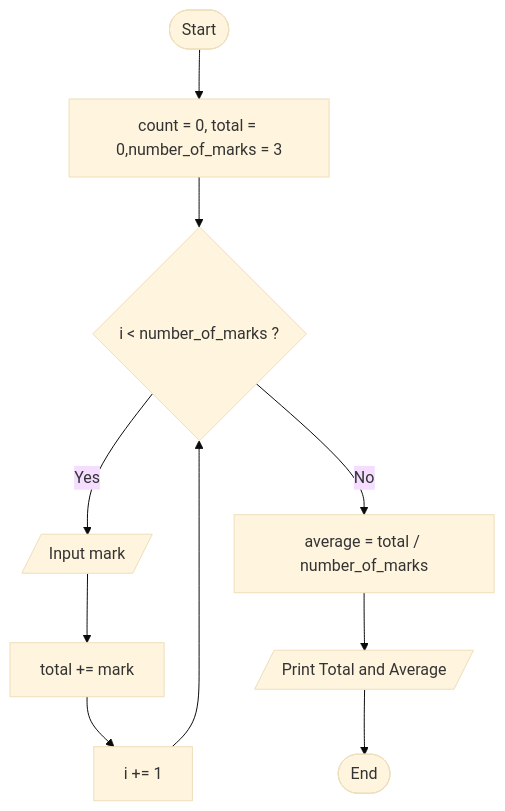
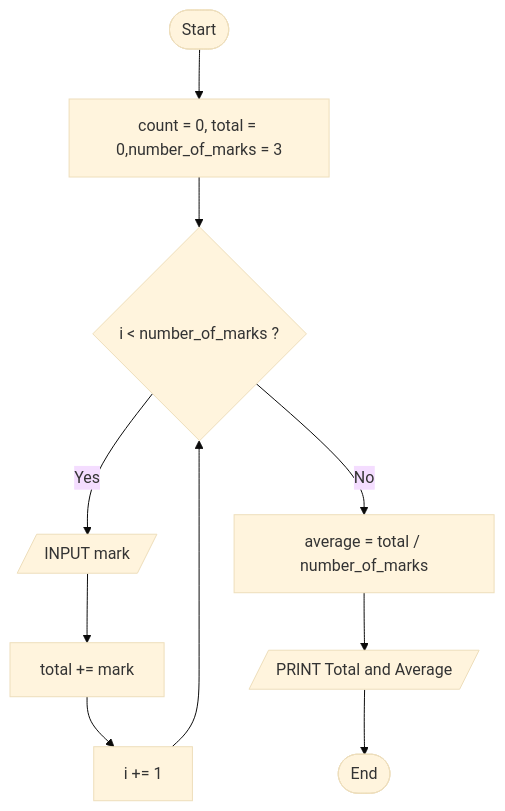
The second of 2 diagrams in README.md (vovchanovsky/Workshop_Algorithm_Flowchart), drawn with Mermaid (base theme) before and after one commit.

Commit message:
beautify text

````diff
--- a/README.md
+++ b/README.md
@@ -80,12 +80,12 @@
 ```mermaid
 flowchart TD
     A([Start]) --> B[count = 0, total = 0,number_of_marks = 3]
     B --> C{i <  number_of_marks ?}
-    C -->|Yes| D[/Input mark/]
+    C -->|Yes| D[/INPUT mark/]
     D --> E[total += mark]
     E --> F[i += 1]
     F --> C
     C -->|No| G[average = total / number_of_marks]
-    G --> H[/Print Total and Average/]
+    G --> H[/PRINT Total and Average/]
     H --> I([End])
 ```
````
